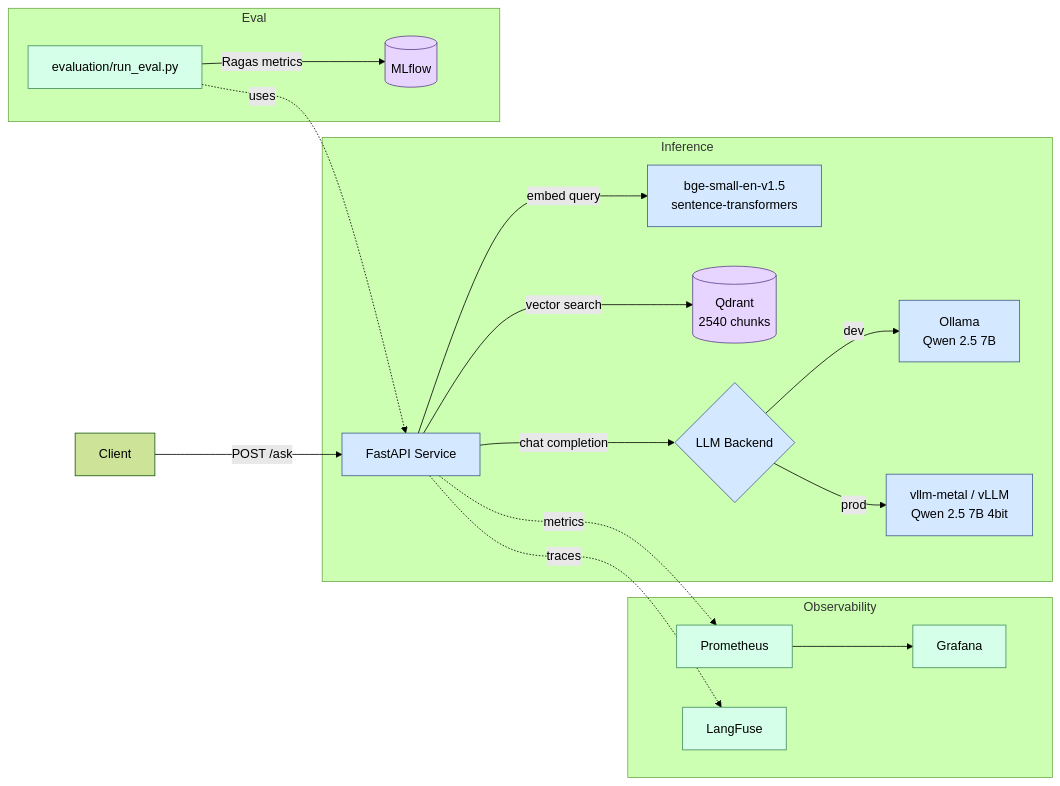
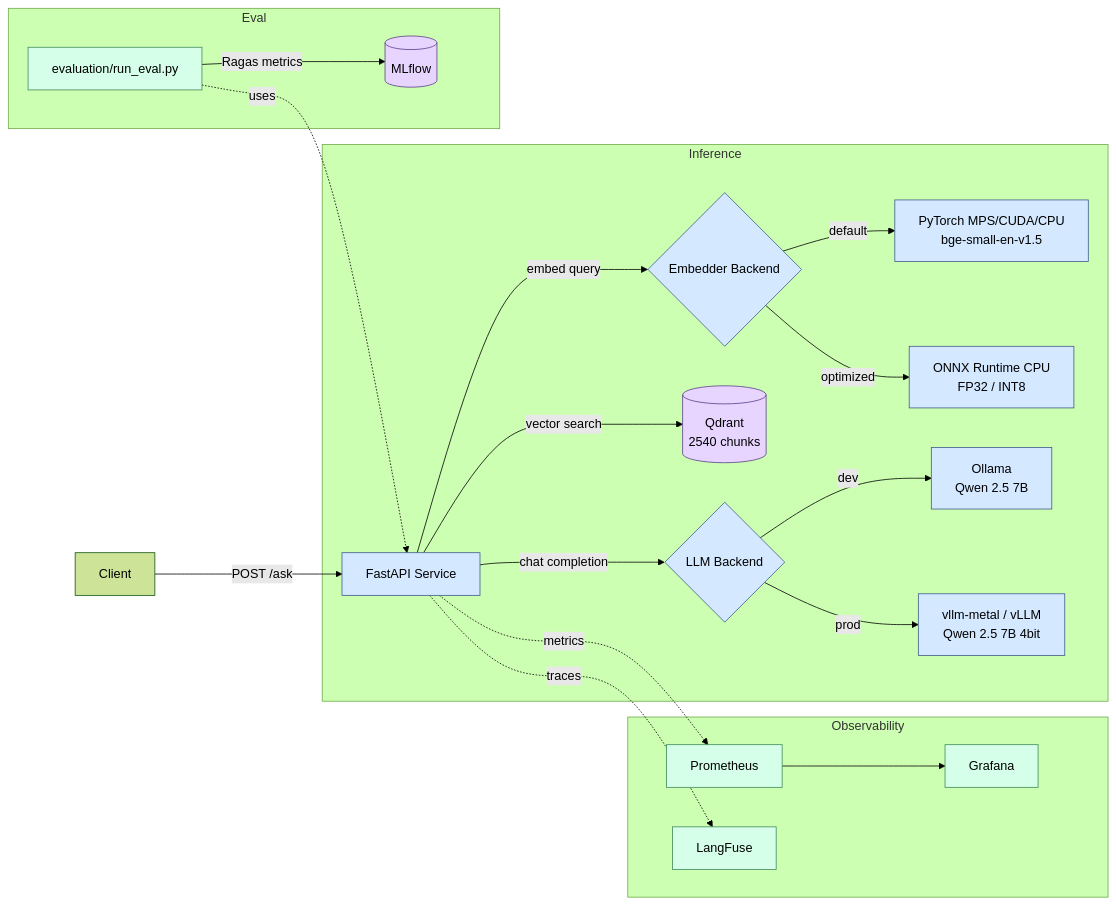
The first of 2 diagrams in README.md (MaxBarannikov/DocsRAG), drawn with Mermaid (forest theme) before and after one commit. The commit also changed other lines of this file, not shown here.

Commit message:
updated System Architecture

````diff
--- a/README.md
+++ b/README.md
@@ -43,30 +43,32 @@
 ```mermaid
 graph LR
     User[Client] -->|POST /ask| API[FastAPI Service]
 
     subgraph Inference
-        API -->|embed query| Embed[bge-small-en-v1.5<br/>sentence-transformers]
+        API -->|embed query| Emb{Embedder Backend}
+        Emb -->|default| EmbPt[PyTorch MPS/CUDA/CPU<br/>bge-small-en-v1.5]
+        Emb -->|optimized| EmbOnnx[ONNX Runtime CPU<br/>FP32 / INT8]
         API -->|vector search| Qdrant[(Qdrant<br/>2540 chunks)]
         API -->|chat completion| LLM{LLM Backend}
         LLM -->|dev| Ollama[Ollama<br/>Qwen 2.5 7B]
         LLM -->|prod| vLLM[vllm-metal / vLLM<br/>Qwen 2.5 7B 4bit]
     end
 
     subgraph Observability
         API -.metrics.-> Prom[Prometheus]
         API -.traces.-> LF[LangFuse]
         Prom --> Graf[Grafana]
     end
 
     subgraph Eval
         RunEval[evaluation/run_eval.py] -->|Ragas metrics| MLflow[(MLflow)]
         RunEval -.uses.-> API
     end
 
     classDef storage fill:#e8d5ff,stroke:#5a3e8a
     classDef service fill:#d4e8ff,stroke:#3e5a8a
     classDef obs fill:#d5ffe8,stroke:#3e8a5a
     class Qdrant,MLflow storage
-    class API,Embed,Ollama,vLLM,LLM service
+    class API,EmbPt,EmbOnnx,Emb,Ollama,vLLM,LLM service
     class Prom,LF,Graf,RunEval obs
 ```
````
